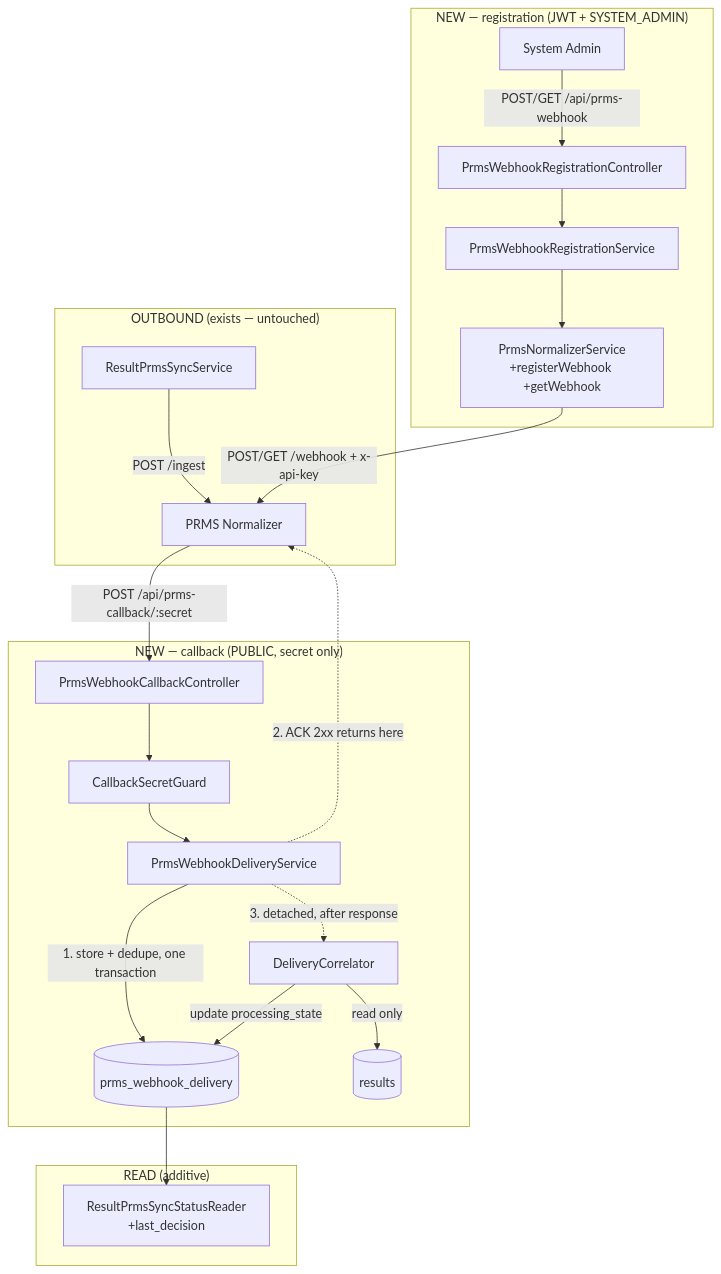
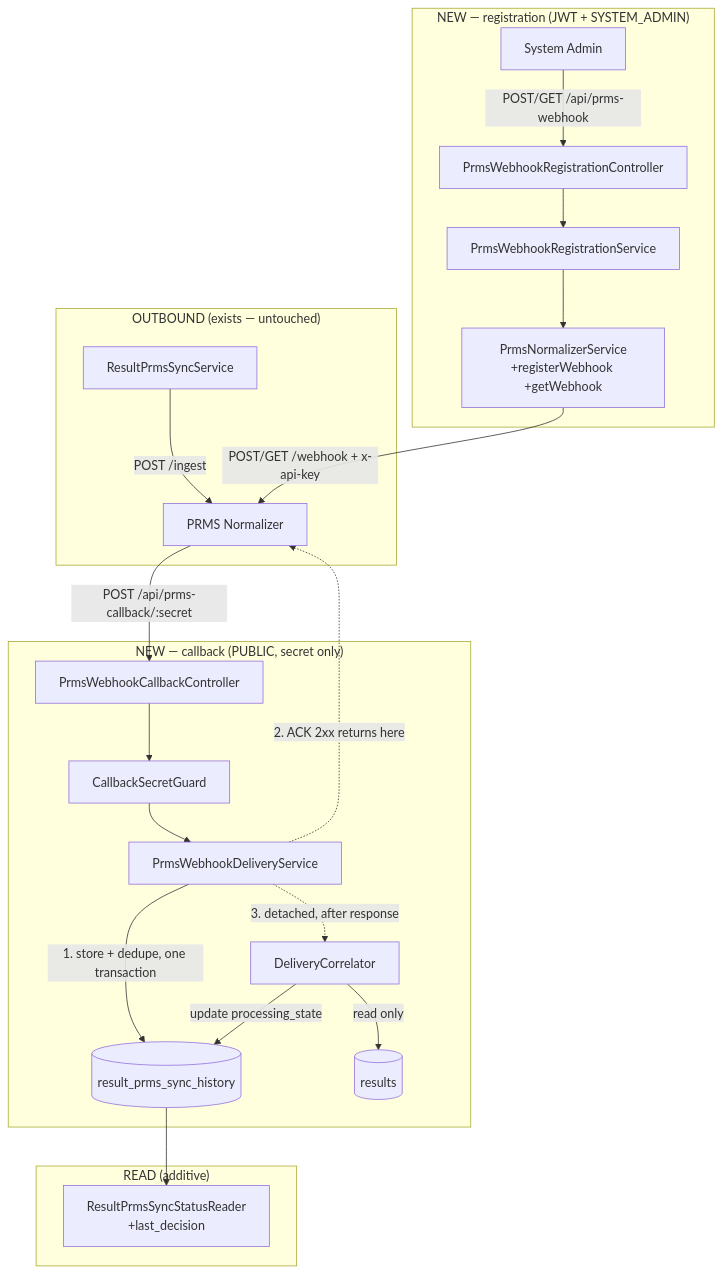
The diagram in docs/specs/bilateral/prms-sync/decision-webhook/design.md (AllianceBioversityCIAT/alliance-research-indicators-main), drawn with Mermaid before and after one commit. The commit also changed other lines of this file and 3 other files, not shown here.

````diff
--- a/docs/specs/bilateral/prms-sync/decision-webhook/design.md
+++ b/docs/specs/bilateral/prms-sync/decision-webhook/design.md
@@ -69,28 +69,28 @@
 ```mermaid
 graph TD
   subgraph "OUTBOUND (exists — untouched)"
     A[ResultPrmsSyncService] -->|POST /ingest| N[PRMS Normalizer]
   end
 
   subgraph "NEW — registration (JWT + SYSTEM_ADMIN)"
     OP[System Admin] -->|POST/GET /api/prms-webhook| RC[PrmsWebhookRegistrationController]
     RC --> RS[PrmsWebhookRegistrationService]
     RS --> PN[PrmsNormalizerService<br/>+registerWebhook +getWebhook]
     PN -->|POST/GET /webhook + x-api-key| N
   end
 
   subgraph "NEW — callback (PUBLIC, secret only)"
     N -->|POST /api/prms-callback/:secret| CC[PrmsWebhookCallbackController]
     CC --> SG[CallbackSecretGuard]
     SG --> DS[PrmsWebhookDeliveryService]
-    DS -->|1. store + dedupe, one transaction| DB[(prms_webhook_delivery)]
+    DS -->|1. store + dedupe, one transaction| DB[(result_prms_sync_history)]
     DS -.->|2. ACK 2xx returns here| N
     DS -.->|3. detached, after response| CO[DeliveryCorrelator]
     CO -->|read only| R[(results)]
     CO -->|update processing_state| DB
   end
 
   subgraph "READ (additive)"
     DB --> SR[ResultPrmsSyncStatusReader<br/>+last_decision]
   end
 ```
````
